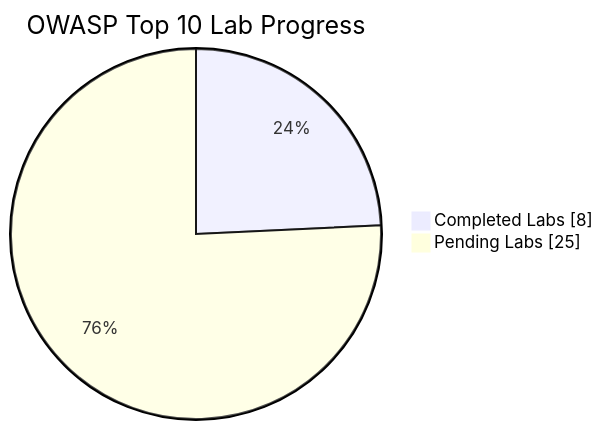
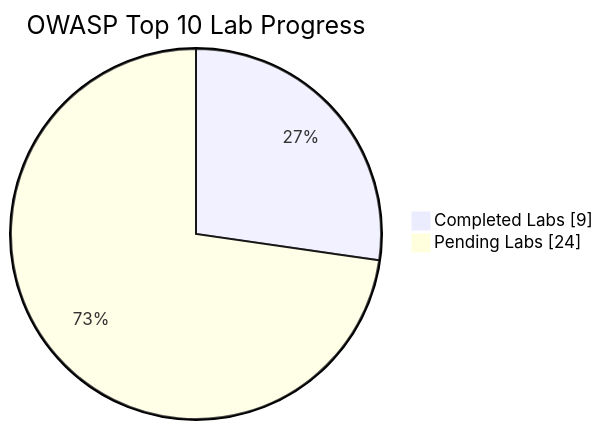
The diagram in README.md (Nish344/owasp-top10-web-security), drawn with Mermaid before and after one commit. The commit also changed other lines of this file and 1 other file, not shown here.

````diff
--- a/README.md
+++ b/README.md
@@ -12,6 +12,6 @@
 ```mermaid
 pie showData
   title OWASP Top 10 Lab Progress
-  "Completed Labs" : 8
-  "Pending Labs" : 25
+  "Completed Labs" : 9
+  "Pending Labs" : 24
 ```
````
